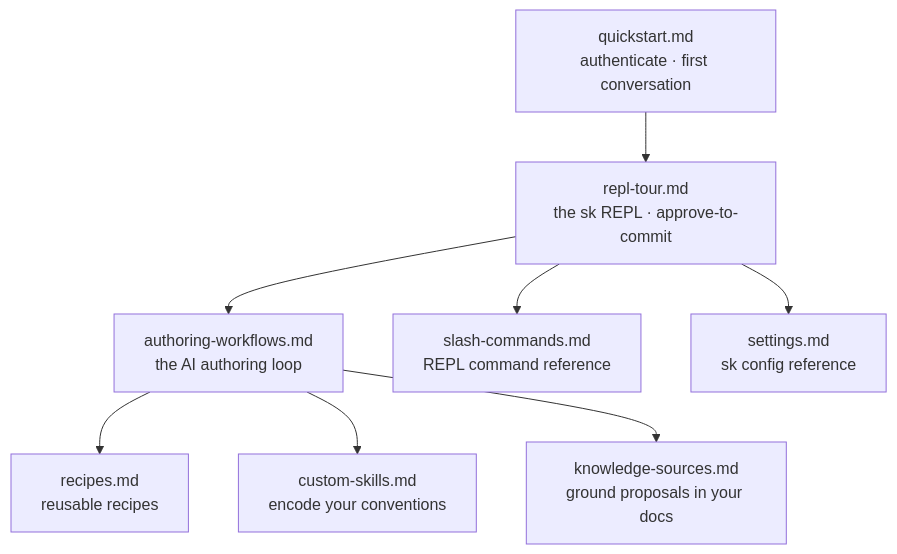
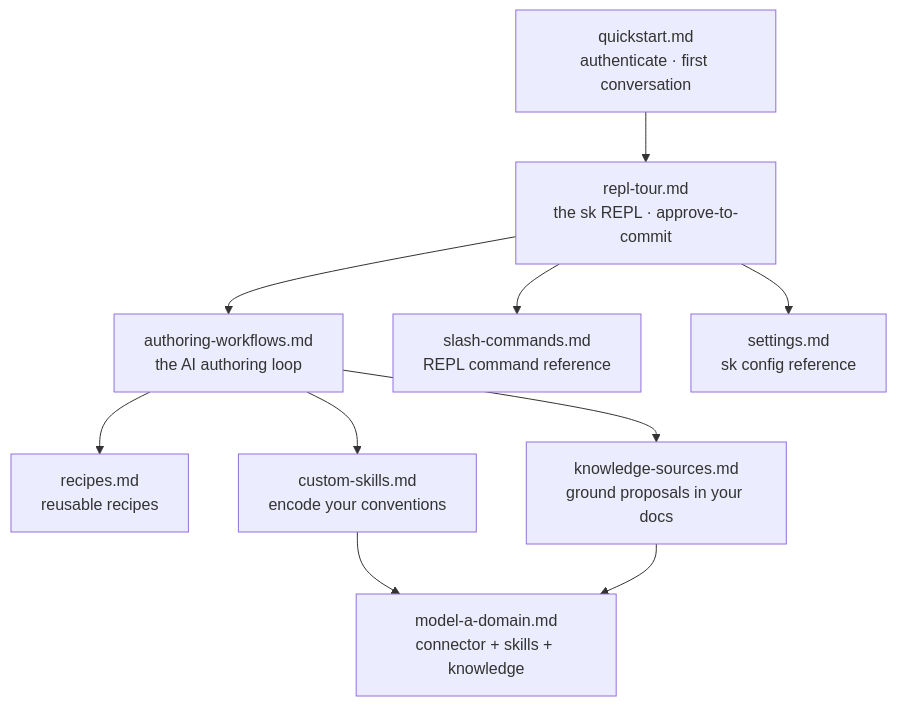
One commit to MikeBild/subkit changed the diagram in docs/authors/README.md. Above: the diagram before and after it, drawn with Mermaid. The commit also changed other lines of this file and 20 other files, not shown here.

Commit message:
feat(chat): ground skills-vs-knowledge + guided domain setup, v1.4.0

````diff
--- a/docs/authors/README.md
+++ b/docs/authors/README.md
@@ -8,10 +8,12 @@
 ```mermaid
 flowchart TD
     Q[quickstart.md<br/>authenticate · first conversation] --> R[repl-tour.md<br/>the sk REPL · approve-to-commit]
     R --> A[authoring-workflows.md<br/>the AI authoring loop]
     A --> RC[recipes.md<br/>reusable recipes]
     A --> CS[custom-skills.md<br/>encode your conventions]
     A --> KS[knowledge-sources.md<br/>ground proposals in your docs]
+    CS --> MD[model-a-domain.md<br/>connector + skills + knowledge]
+    KS --> MD
     R --> SL[slash-commands.md<br/>REPL command reference]
     R --> SE[settings.md<br/>sk config reference]
 ```
````
